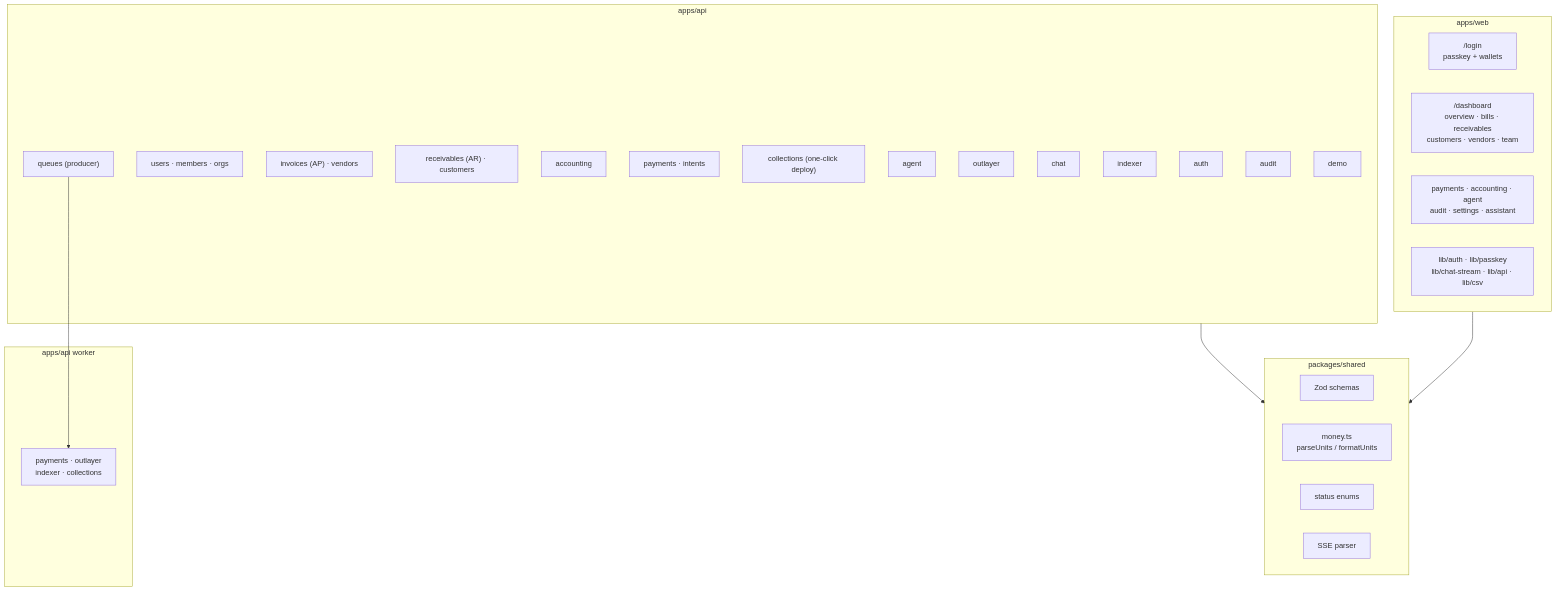
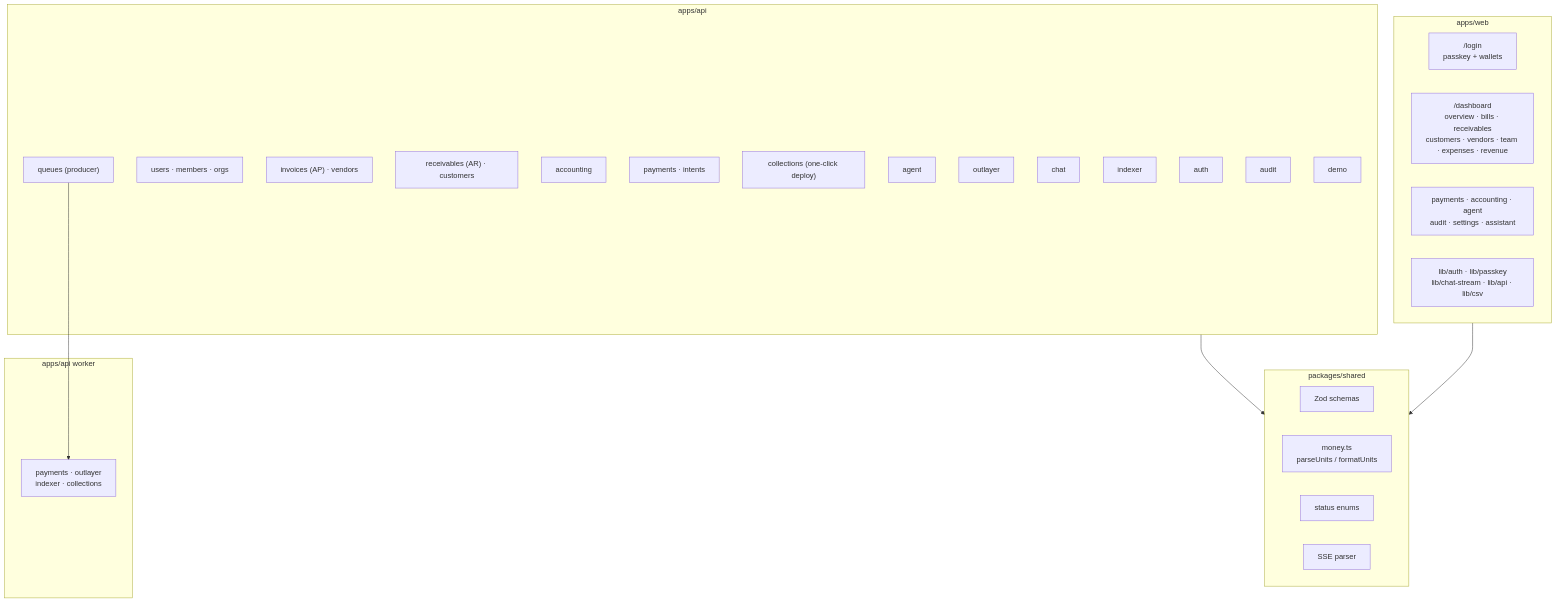
Before and after one commit to cryingraven/keiz-platform: the second of 18 diagrams in docs/architecture.md, drawn with Mermaid. The commit also changed other lines of this file and 44 other files, not shown here.

````diff
--- a/docs/architecture.md
+++ b/docs/architecture.md
@@ -95,41 +95,41 @@
 ```mermaid
 flowchart TB
   subgraph Web["apps/web"]
     Login["/login<br/>passkey + wallets"]
-    Dash["/dashboard<br/>overview · bills · receivables<br/>customers · vendors · team"]
+    Dash["/dashboard<br/>overview · bills · receivables<br/>customers · vendors · team · expenses · revenue"]
     Ops["payments · accounting · agent<br/>audit · settings · assistant"]
     Lib["lib/auth · lib/passkey<br/>lib/chat-stream · lib/api · lib/csv"]
   end
 
   subgraph Shared["packages/shared"]
     Schemas["Zod schemas"]
     Money["money.ts<br/>parseUnits / formatUnits"]
     Status["status enums"]
     SSE["SSE parser"]
   end
 
   subgraph Api["apps/api"]
     Auth["auth"]
     Users["users · members · orgs"]
     Inv["invoices (AP) · vendors"]
     AR["receivables (AR) · customers"]
     Books["accounting"]
     Payments["payments · intents"]
     Collections["collections (one-click deploy)"]
     Agent["agent"]
     Outlayer["outlayer"]
     Chat["chat"]
     Indexer["indexer"]
     Queues["queues (producer)"]
     Audit["audit"]
     Demo["demo"]
   end
 
   subgraph Worker["apps/api worker"]
     Jobs["payments · outlayer<br/>indexer · collections"]
   end
 
   Web --> Shared
   Api --> Shared
   Queues --> Jobs
 ```
````
